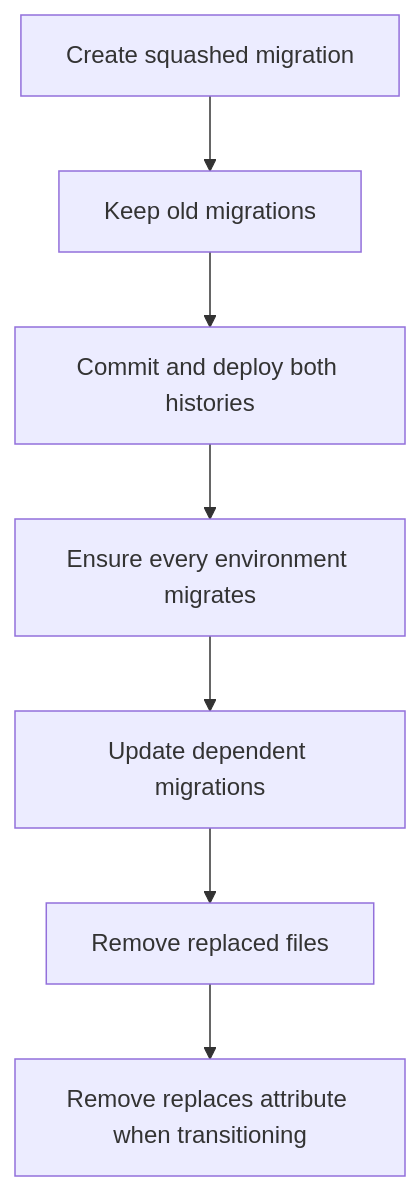
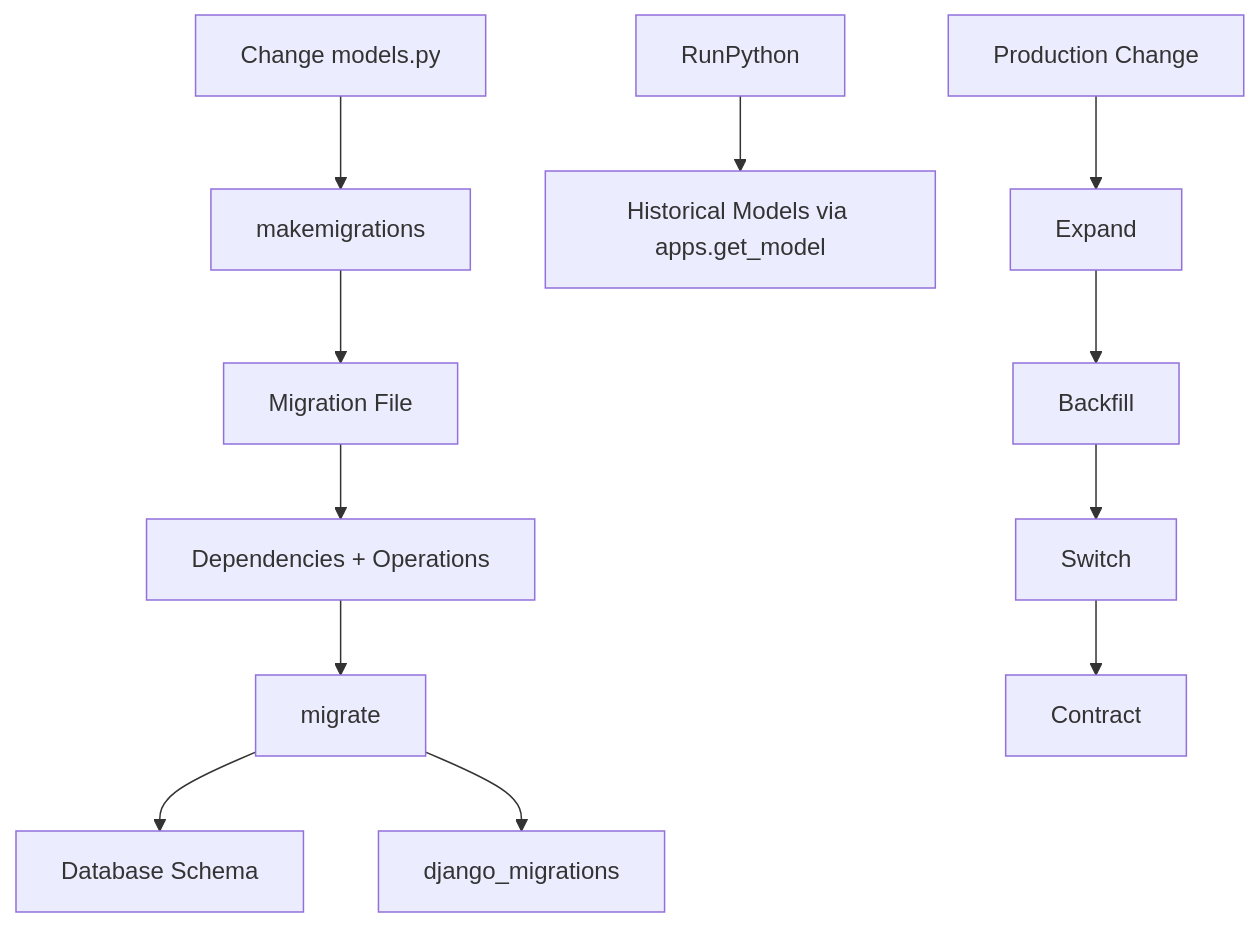
The tenth of 10 diagrams in src/content/django/migrations.md (AvadhBhalodiya/Interview-Preparation), drawn with Mermaid before and after one commit. The commit also changed other lines of this file and 80 other files, not shown here.

````diff
--- a/src/content/django/migrations.md
+++ b/src/content/django/migrations.md
@@ -1568,9 +1151,24 @@
 ```mermaid
 flowchart TD
-    A["Create squashed migration"] --> B["Keep old migrations"]
-    B --> C["Commit and deploy both histories"]
-    C --> D["Ensure every environment migrates"]
-    D --> E["Update dependent migrations"]
-    E --> F["Remove replaced files"]
-    F --> G["Remove replaces attribute when transitioning"]
+    A["Change models.py"]
+    --> B["makemigrations"]
+
+    B --> C["Migration File"]
+
+    C --> D["Dependencies + Operations"]
+
+    D --> E["migrate"]
+
+    E --> F["Database Schema"]
+
+    E --> G["django_migrations"]
+
+    H["RunPython"]
+    --> I["Historical Models via apps.get_model"]
+
+    J["Production Change"]
+    --> K["Expand"]
+    --> L["Backfill"]
+    --> M["Switch"]
+    --> N["Contract"]
 ```
````
